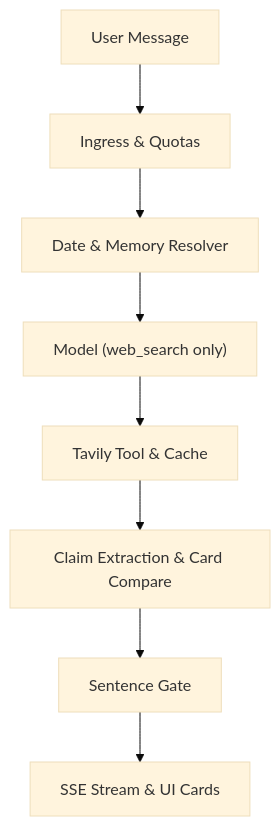
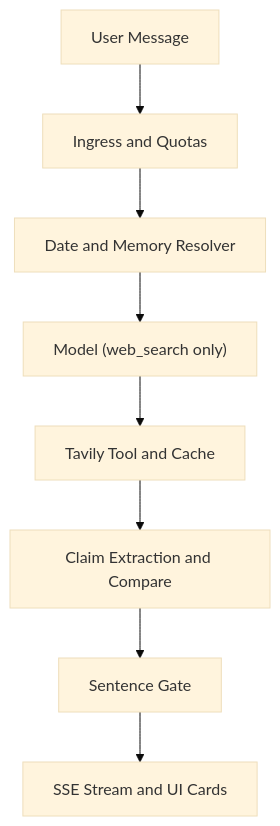
Before and after one commit to Jagadeesh58/Proofline: the diagram in DESIGN.md, drawn with Mermaid (base theme). The commit also changed other lines of this file and 1 other file, not shown here.

````diff
--- a/DESIGN.md
+++ b/DESIGN.md
@@ -9,10 +18,10 @@
 ```mermaid
 flowchart TD
-  User["User Message"] --> Ingress["Ingress & Quotas"]
-  Ingress --> Resolver["Date & Memory Resolver"]
+  User["User Message"] --> Ingress["Ingress and Quotas"]
+  Ingress --> Resolver["Date and Memory Resolver"]
   Resolver --> Model["Model (web_search only)"]
-  Model --> Tool["Tavily Tool & Cache"]
-  Tool --> Claims["Claim Extraction & Card Compare"]
+  Tool["Tavily Tool and Cache"] --> Claims["Claim Extraction and Compare"]
+  Model --> Tool
   Claims --> Gate["Sentence Gate"]
-  Gate --> SSE["SSE Stream & UI Cards"]
+  Gate --> SSE["SSE Stream and UI Cards"]
 ```
````
